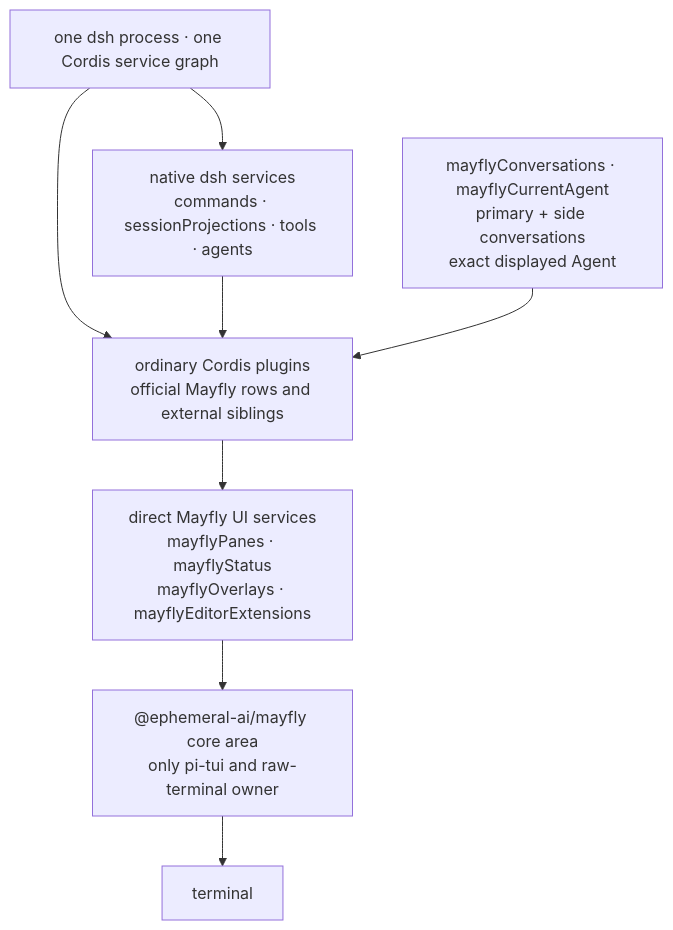
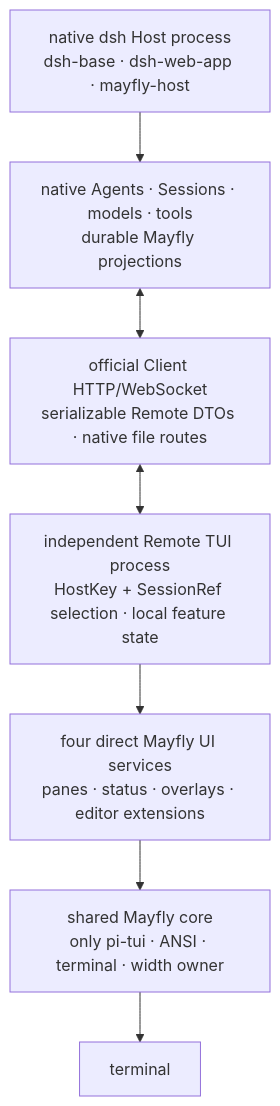
Before and after one commit to Ephemeral-AI-Lab/mayfly: the diagram in docs/diagrams/mayfly-layers.en.mmd, drawn with Mermaid. The commit also changed 14 other files, not shown here.

Commit message:
docs: define the sole Host and Remote split deployment

```diff
--- a/docs/diagrams/mayfly-layers.en.mmd
+++ b/docs/diagrams/mayfly-layers.en.mmd
@@ -1,16 +1,15 @@
 flowchart TB
-    ROOT["one dsh process · one Cordis service graph"]
-    DSH["native dsh services<br/>commands · sessionProjections · tools · agents"]
-    PLUGIN["ordinary Cordis plugins<br/>official Mayfly rows and external siblings"]
-    AGENT["mayflyConversations · mayflyCurrentAgent<br/>primary + side conversations<br/>exact displayed Agent"]
-    UI["direct Mayfly UI services<br/>mayflyPanes · mayflyStatus<br/>mayflyOverlays · mayflyEditorExtensions"]
-    CORE["@ephemeral-ai/mayfly core area<br/>only pi-tui and raw-terminal owner"]
+    HOST["native dsh Host process<br/>dsh-base · dsh-web-app · mayfly-host"]
+    STATE["native Agents · Sessions · models · tools<br/>durable Mayfly projections"]
+    WIRE["official Client HTTP/WebSocket<br/>serializable Remote DTOs · native file routes"]
+    REMOTE["independent Remote TUI process<br/>HostKey + SessionRef selection · local feature state"]
+    UI["four direct Mayfly UI services<br/>panes · status · overlays · editor extensions"]
+    CORE["shared Mayfly core<br/>only pi-tui · ANSI · terminal · width owner"]
     TERM["terminal"]
 
-    ROOT --> DSH
-    ROOT --> PLUGIN
-    DSH --> PLUGIN
-    AGENT --> PLUGIN
-    PLUGIN --> UI
+    HOST --> STATE
+    STATE <--> WIRE
+    WIRE <--> REMOTE
+    REMOTE --> UI
     UI --> CORE
     CORE --> TERM
```
